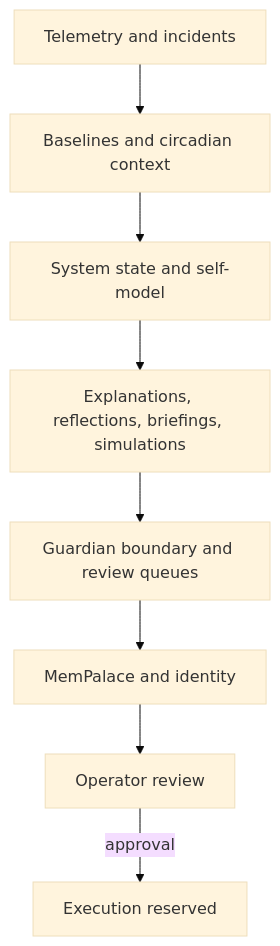
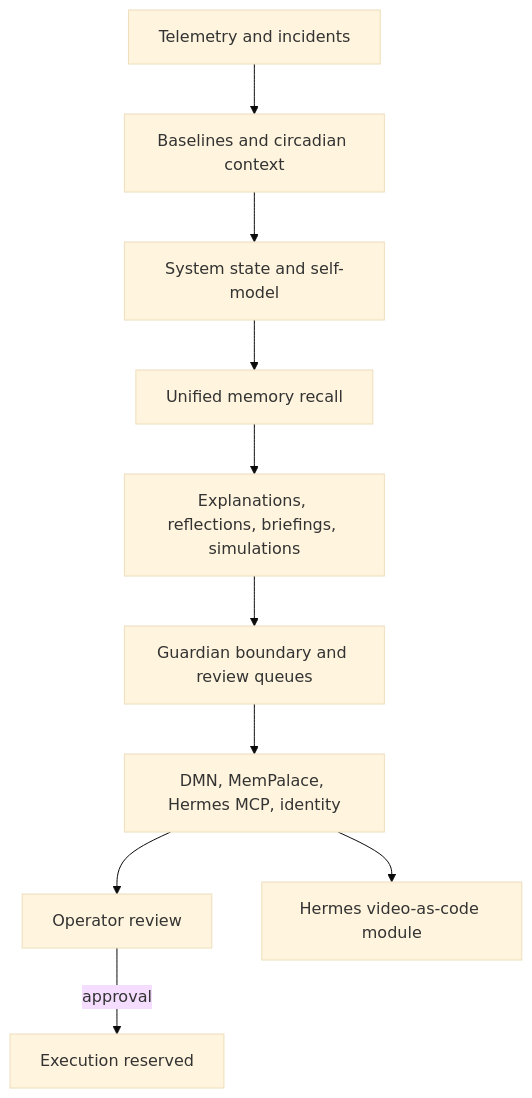
The diagram in README.md (alicken-lai/ambient-somatic-intelligence), drawn with Mermaid (base theme) before and after one commit. The commit also changed other lines of this file, not shown here.

````diff
--- a/README.md
+++ b/README.md
@@ -21,10 +21,12 @@
 ```mermaid
 flowchart TD
     T[Telemetry and incidents] --> B[Baselines and circadian context]
     B --> S[System state and self-model]
-    S --> E[Explanations, reflections, briefings, simulations]
+    S --> R[Unified memory recall]
+    R --> E[Explanations, reflections, briefings, simulations]
     E --> G[Guardian boundary and review queues]
-    G --> M[MemPalace and identity]
+    G --> M[DMN, MemPalace, Hermes MCP, identity]
     M --> O[Operator review]
     O -->|approval| X[Execution reserved]
+    M --> V[Hermes video-as-code module]
 ```
````
